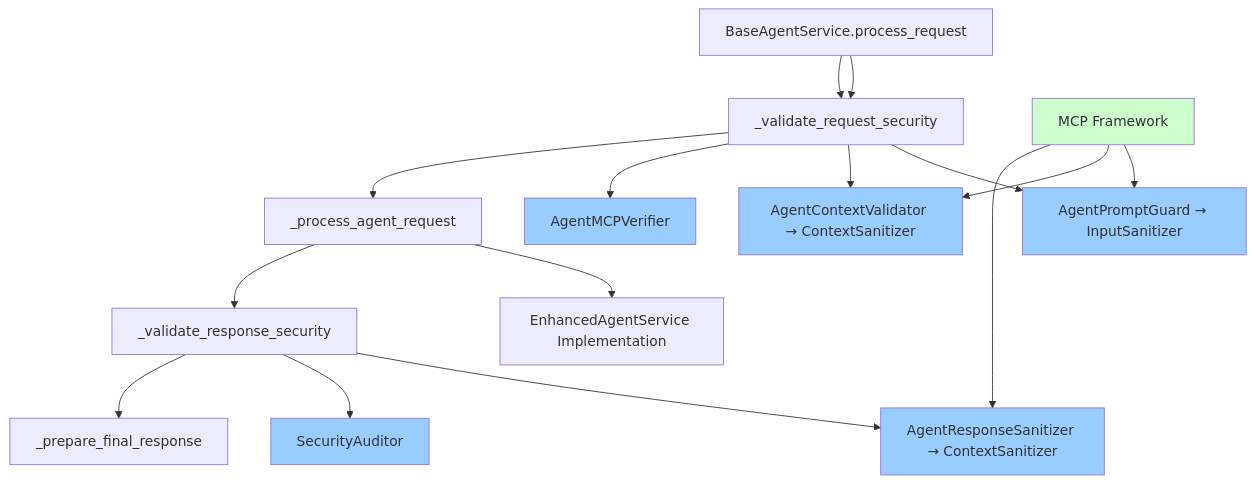
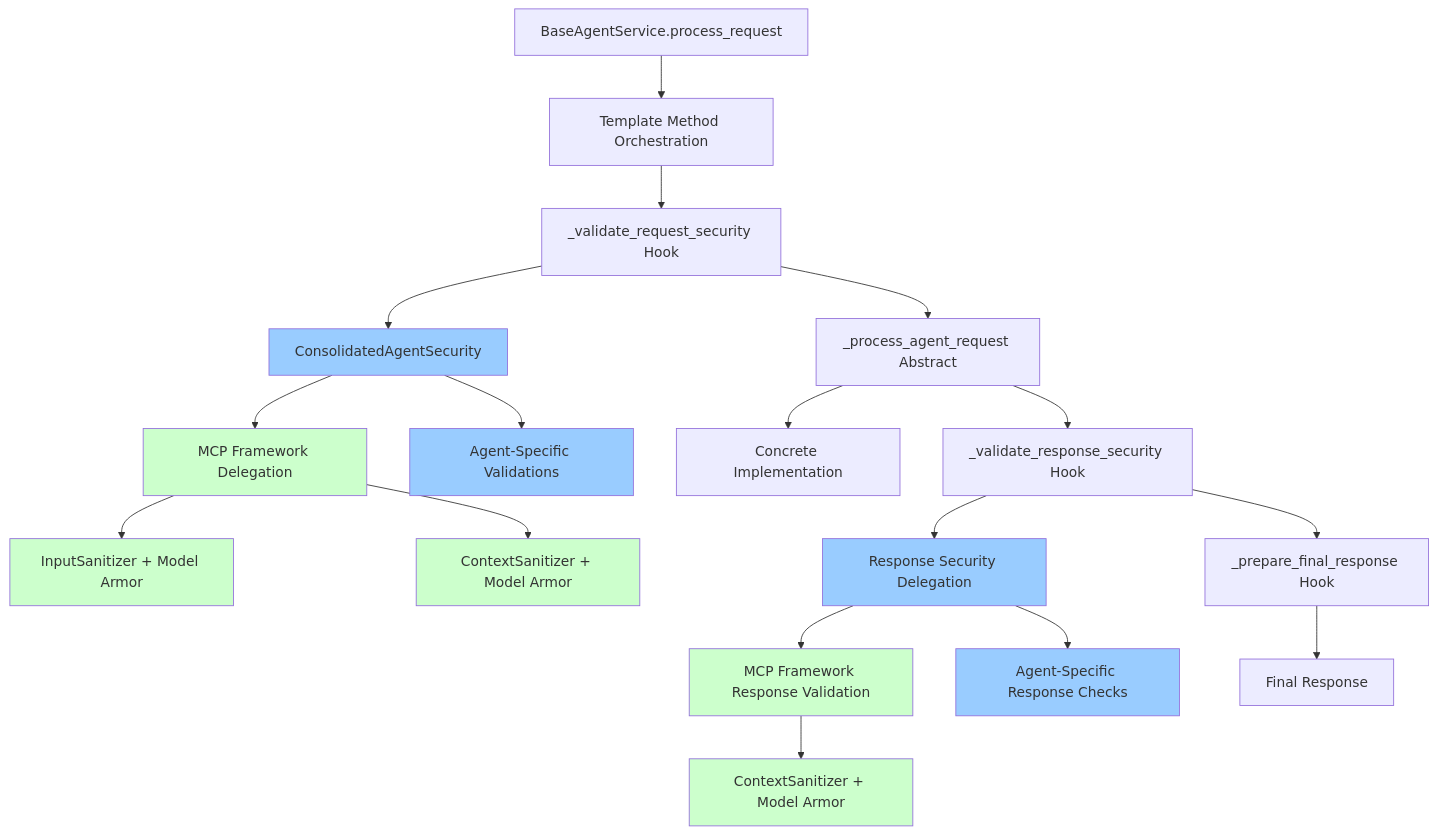
The fifth of 9 diagrams in ADK MCP/MCP_SEQUENCE_DIAGRAM.md (rnerurkar/mcp-implementation), drawn with Mermaid before and after one commit. The commit also changed other lines of this file and 42 other files, not shown here.

````diff
--- a/ADK MCP/MCP_SEQUENCE_DIAGRAM.md
+++ b/ADK MCP/MCP_SEQUENCE_DIAGRAM.md
@@ -175,27 +274,34 @@
 ```mermaid
 graph TB
-    A[BaseAgentService.process_request] --> B[_validate_request_security]
-    B --> C[AgentPromptGuard → InputSanitizer]
-    B --> D[AgentContextValidator → ContextSanitizer]
-    B --> E[AgentMCPVerifier]
-    F[_validate_response_security] --> G[AgentResponseSanitizer → ContextSanitizer]
-    F --> H[SecurityAuditor]
+    A[BaseAgentService.process_request] --> B[Template Method Orchestration]
     
-    I[_process_agent_request] --> J[EnhancedAgentService Implementation]
+    B --> C[_validate_request_security Hook]
+    C --> D[ConsolidatedAgentSecurity]
+    D --> E[MCP Framework Delegation]
+    E --> F[InputSanitizer + Model Armor]
+    E --> G[ContextSanitizer + Model Armor]
+    D --> H[Agent-Specific Validations]
     
-    A --> B
-    B --> I
-    I --> F
-    F --> K[_prepare_final_response]
+    I[_process_agent_request Abstract] --> J[Concrete Implementation]
     
-    L[MCP Framework] --> C
-    L --> D
-    L --> G
+    K[_validate_response_security Hook] --> L[Response Security Delegation]
+    L --> M[MCP Framework Response Validation]
+    M --> N[ContextSanitizer + Model Armor]
+    L --> O[Agent-Specific Response Checks]
     
-    style C fill:#99ccff
+    P[_prepare_final_response Hook] --> Q[Final Response]
+    
+    C --> I
+    I --> K
+    K --> P
+    
     style D fill:#99ccff
-    style E fill:#99ccff
-    style G fill:#99ccff
+    style E fill:#ccffcc
+    style F fill:#ccffcc
+    style G fill:#ccffcc
     style H fill:#99ccff
-    style L fill:#ccffcc
+    style L fill:#99ccff
+    style M fill:#ccffcc
+    style N fill:#ccffcc
+    style O fill:#99ccff
 ```
````
